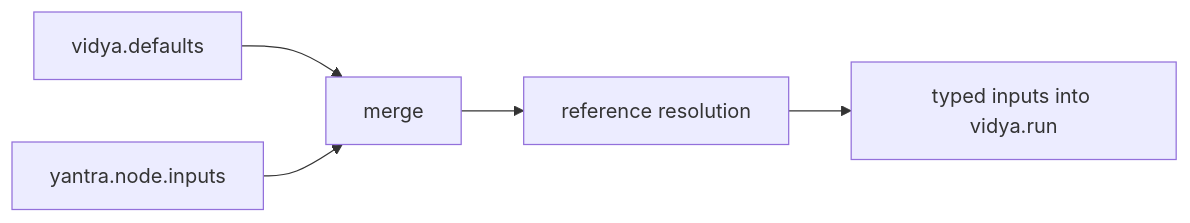
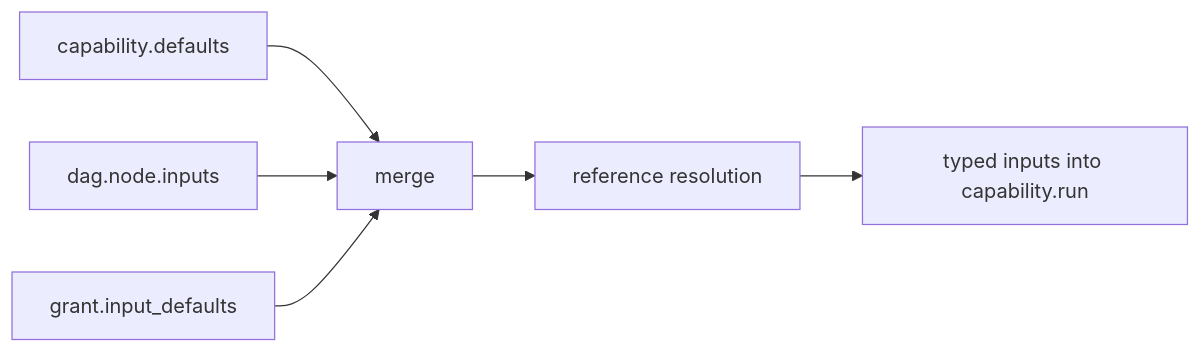
Before and after one commit to so-weak/Aakaar: diagram 12 of 12 in documentation/src/02-LLD.md, drawn with Mermaid. The commit also changed other lines of this file and 23 other files, not shown here.

````diff
--- a/documentation/src/02-LLD.md
+++ b/documentation/src/02-LLD.md
@@ -392,7 +404,8 @@
 ```mermaid
 flowchart LR
-  A["vidya.defaults"] --> M["merge"]
-  B["yantra.node.inputs"] --> M
+  A["capability.defaults"] --> M["merge"]
+  B["dag.node.inputs"] --> M
+  G["grant.input_defaults"] --> M
   M --> R["reference resolution"]
-  R --> X["typed inputs into vidya.run"]
+  R --> X["typed inputs into capability.run"]
 ```
````
